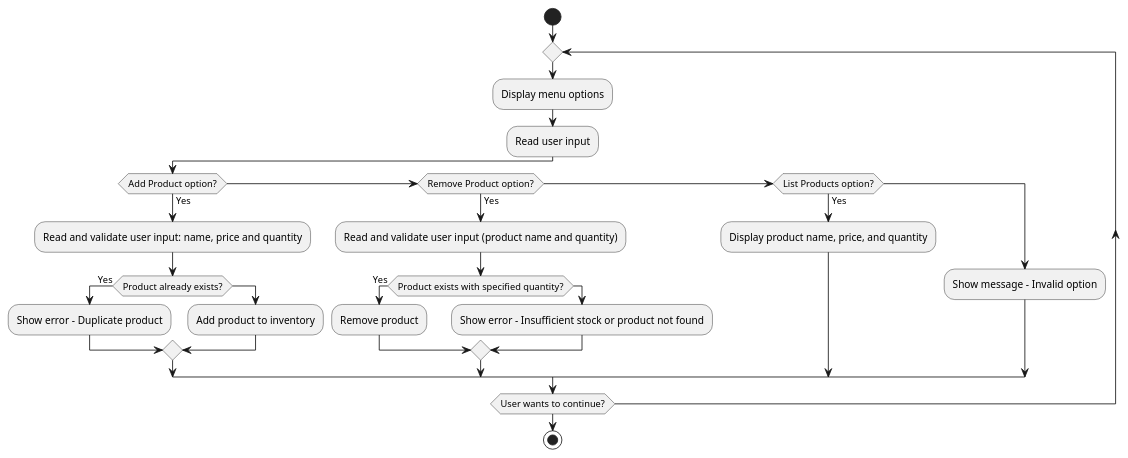
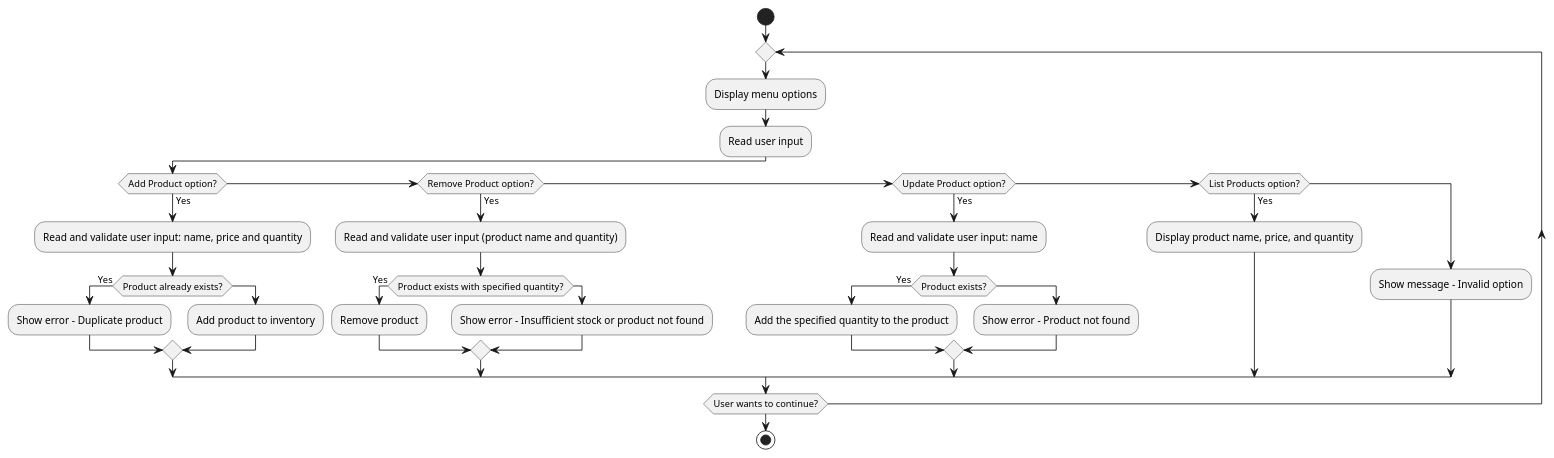
One commit to escutia55/Foundations_inventoryManagement changed the diagram in docs/flowchart.puml. Above: the diagram before and after it, drawn with PlantUML. The commit also changed 1 other file, not shown here.

Commit message:
Added update option to diagram

```diff
--- a/docs/flowchart.puml
+++ b/docs/flowchart.puml
@@ -1,29 +1,36 @@
 @startuml
 start
 repeat
 :Display menu options;
   :Read user input;
 
   if (Add Product option?) then (Yes)
     :Read and validate user input: name, price and quantity;
     if (Product already exists?) then (Yes)
       :Show error - Duplicate product;
     else
       :Add product to inventory;
     endif
   elseif (Remove Product option?) then (Yes)
     :Read and validate user input (product name and quantity);
     if (Product exists with specified quantity?) then (Yes)
       :Remove product;
     else
       :Show error - Insufficient stock or product not found;
     endif
+  elseif (Update Product option?) then (Yes)
+    :Read and validate user input: name;
+    if (Product exists?) then (Yes)
+      :Add the specified quantity to the product;
+    else
+      :Show error - Product not found;
+    endif
   elseif (List Products option?) then (Yes)
     :Display product name, price, and quantity;
   else
     :Show message - Invalid option;
   endif
 
 repeat while (User wants to continue?)
 stop
 @enduml
```
